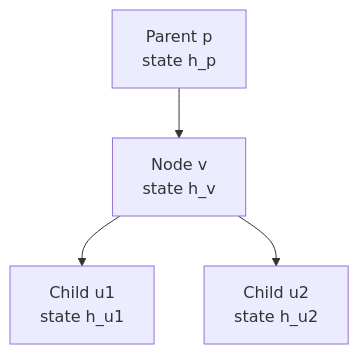
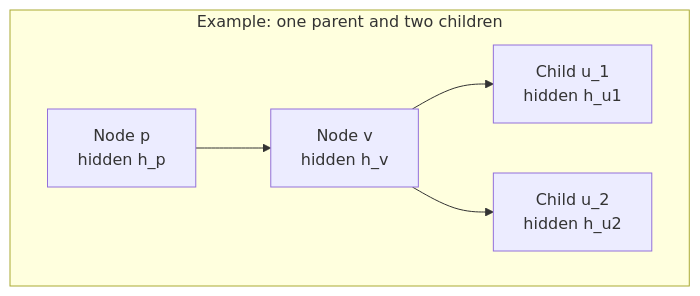
The first of 3 diagrams in project.md (WeiJiMaLab/chess_analysis), drawn with Mermaid before and after one commit. The commit also changed other lines of this file and 2 other files, not shown here.

````diff
--- a/project.md
+++ b/project.md
@@ -13,10 +13,12 @@
 ```mermaid
 flowchart TD
-    p["Parent p<br/>state h_p"]
-    v["Node v<br/>state h_v"]
-    u1["Child u1<br/>state h_u1"]
-    u2["Child u2<br/>state h_u2"]
-    p --> v
-    v --> u1
-    v --> u2
+    subgraph ex["Example: one parent and two children"]
+        p["Node p<br/>hidden h_p"]
+        v["Node v<br/>hidden h_v"]
+        u1["Child u_1<br/>hidden h_u1"]
+        u2["Child u_2<br/>hidden h_u2"]
+        p --> v
+        v --> u1
+        v --> u2
+    end
 ```
````
